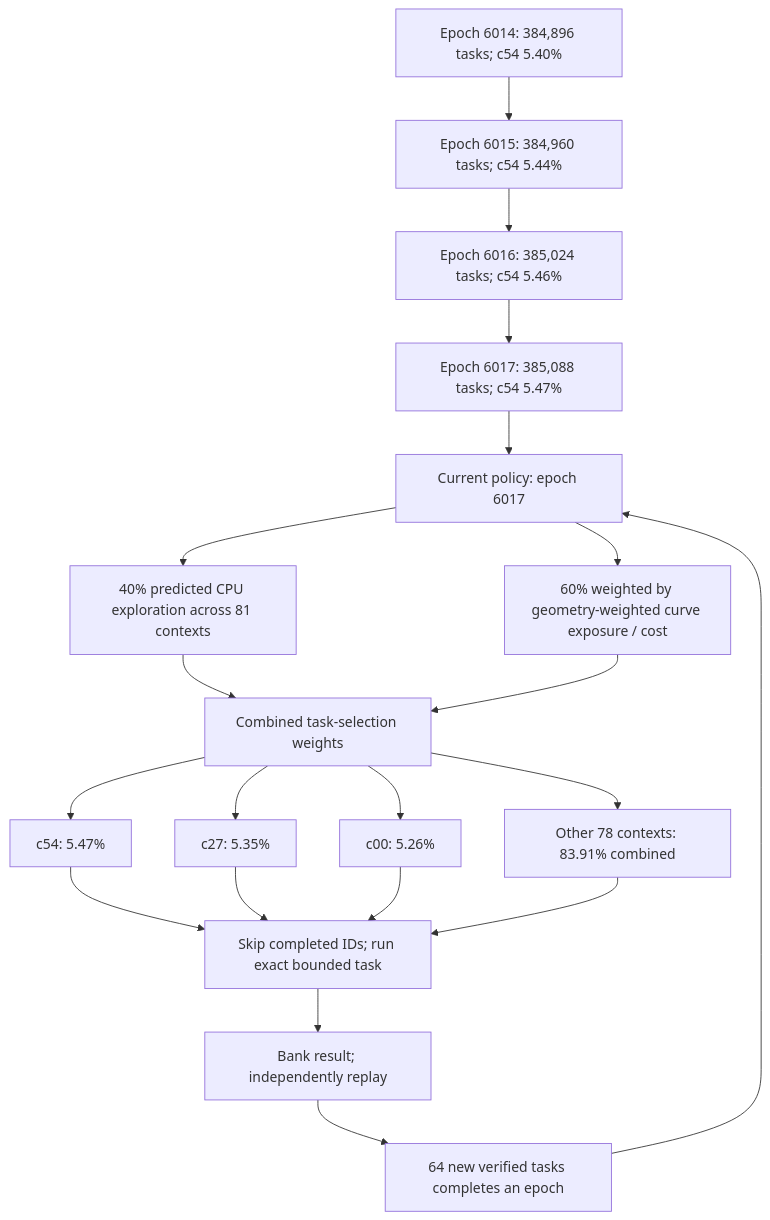
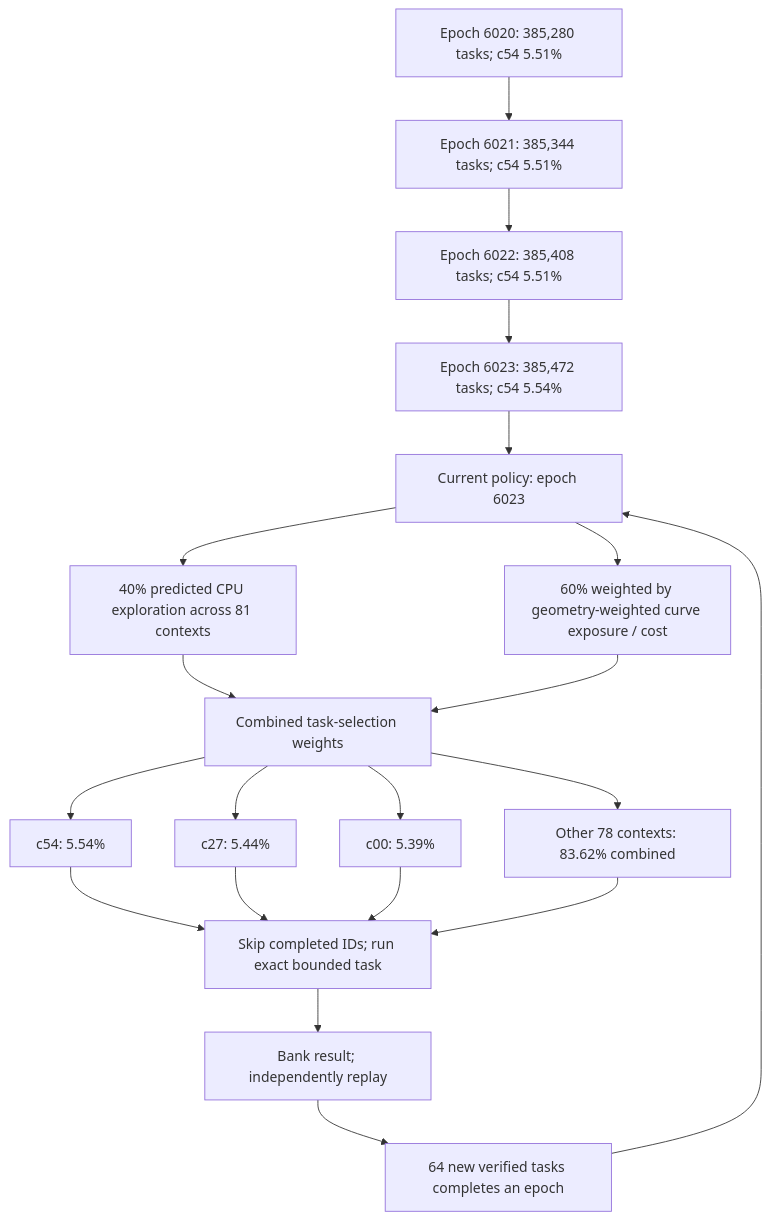
The first of 3 diagrams in README.md (Kuberwastaken/math-gambling), drawn with Mermaid before and after one commit. The commit also changed other lines of this file and 2416 other files, not shown here.

````diff
--- a/README.md
+++ b/README.md
@@ -60,27 +60,27 @@
 ```mermaid
 flowchart TD
-    H0["Epoch 6014: 384,896 tasks; c54 5.40%"]
-    H1["Epoch 6015: 384,960 tasks; c54 5.44%"]
+    H0["Epoch 6020: 385,280 tasks; c54 5.51%"]
+    H1["Epoch 6021: 385,344 tasks; c54 5.51%"]
     H0 --> H1
-    H2["Epoch 6016: 385,024 tasks; c54 5.46%"]
+    H2["Epoch 6022: 385,408 tasks; c54 5.51%"]
     H1 --> H2
-    H3["Epoch 6017: 385,088 tasks; c54 5.47%"]
+    H3["Epoch 6023: 385,472 tasks; c54 5.54%"]
     H2 --> H3
-    Policy["Current policy: epoch 6017"]
+    Policy["Current policy: epoch 6023"]
     H3 --> Policy
     Policy --> Explore["40% predicted CPU exploration across 81 contexts"]
     Policy --> Cost["60% weighted by geometry-weighted curve exposure / cost"]
     Explore --> Mix["Combined task-selection weights"]
     Cost --> Mix
-    Mix --> C0["c54: 5.47%"]
-    Mix --> C1["c27: 5.35%"]
-    Mix --> C2["c00: 5.26%"]
-    Mix --> Rest["Other 78 contexts: 83.91% combined"]
+    Mix --> C0["c54: 5.54%"]
+    Mix --> C1["c27: 5.44%"]
+    Mix --> C2["c00: 5.39%"]
+    Mix --> Rest["Other 78 contexts: 83.62% combined"]
     C0 --> Check["Skip completed IDs; run exact bounded task"]
     C1 --> Check
     C2 --> Check
     Rest --> Check
     Check --> Replay["Bank result; independently replay"]
     Replay --> Gate["64 new verified tasks completes an epoch"]
     Gate --> Policy
 ```
````
